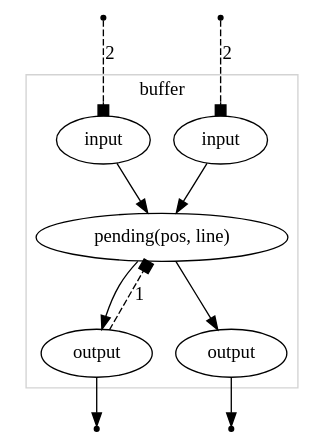
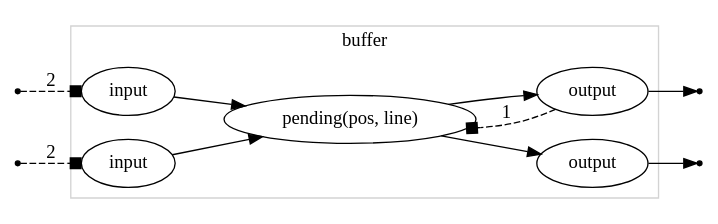
Before and after one commit to forbesmyester/pipeawesome: the third of 4 diagrams in README.src.md, drawn with Graphviz. The commit also changed other lines of this file and 8 other files, not shown here.

Commit message:
feat: Makefile tweaks and horizontal graphs

````diff
--- a/README.src.md
+++ b/README.src.md
@@ -117,35 +121,37 @@
 ```dot
 digraph G {
+
+    rankdir="LR";
 
     subgraph cluster_buffer {
         label = "buffer";
         color=lightgrey;
 
         buffer_input_1 [label=input]
         buffer_input_2 [label=input]
         buffer_pending [label="pending(pos, line)"]
         buffer_output_1 [label=output]
         buffer_output_2 [label=output]
 
         buffer_input_1 -> buffer_pending
         buffer_input_2 -> buffer_pending
         buffer_pending -> buffer_output_1
         buffer_output_1 -> buffer_pending [style=dashed, arrowhead=box, label=1]
         buffer_pending -> buffer_output_2
 
     }
 
     buffer_input_1_in [shape=point]
     buffer_input_2_in [shape=point]
     buffer_output_1_out [shape=point]
     buffer_output_2_out [shape=point]
 
     buffer_input_1_in -> buffer_input_1 [style="dashed" label=2, arrowhead=box]
     buffer_input_2_in -> buffer_input_2 [style="dashed" label=2, arrowhead=box]
     buffer_output_1 -> buffer_output_1_out
     buffer_output_2 -> buffer_output_2_out
 
 }
 
 
 ```
````
